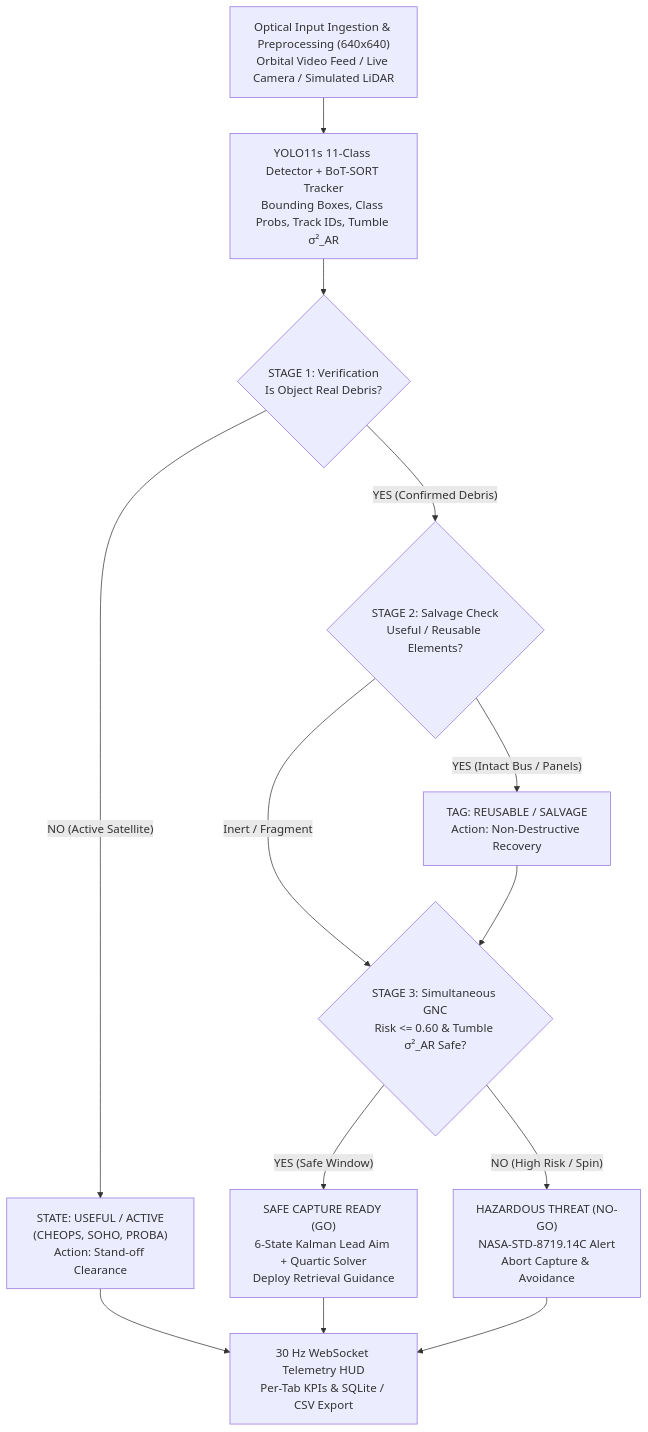
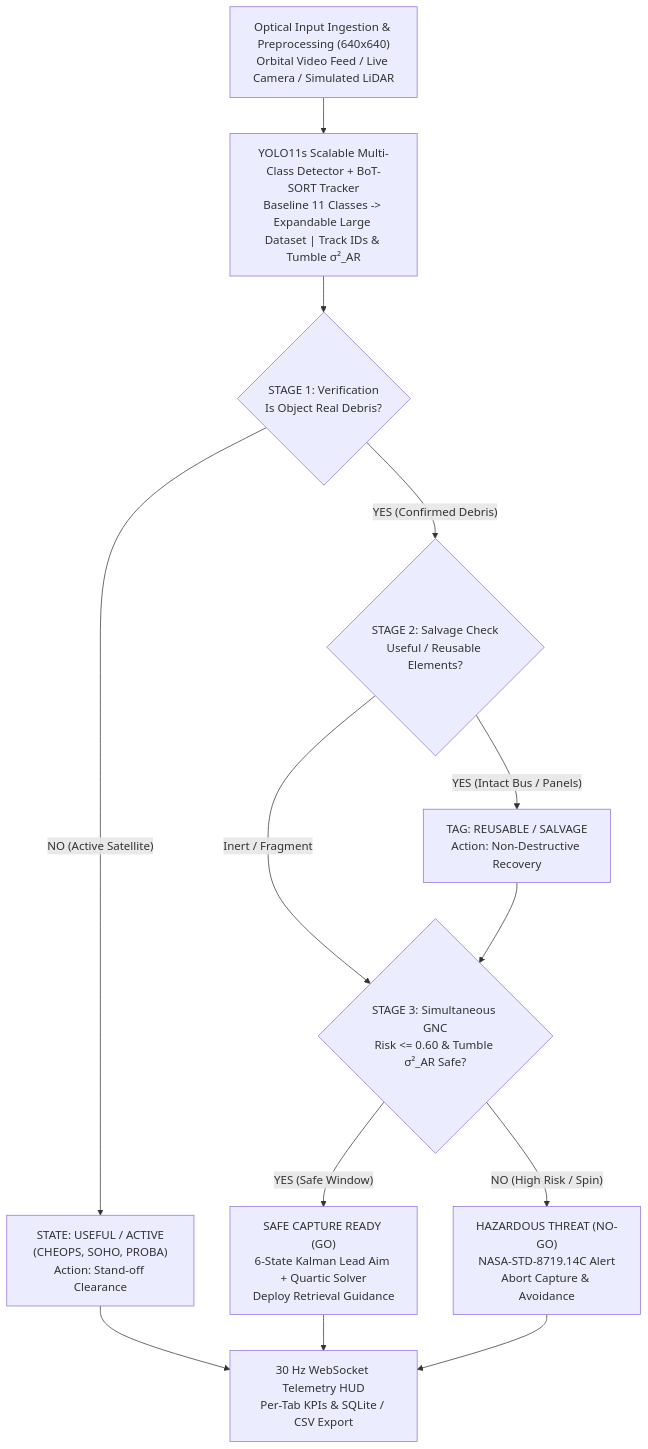
One commit to DeepKale16/Project_SPACI changed the first of 3 diagrams in reports/SYNOPSIS_DIAGRAM_BLUEPRINTS.md. Above: the diagram before and after it, drawn with Mermaid. The commit also changed other lines of this file and 6 other files, not shown here.

Commit message:
docs: apply strict Times New Roman formatting, sponsor details, scalable dataset roadmap, and simplified costing

````diff
--- a/reports/SYNOPSIS_DIAGRAM_BLUEPRINTS.md
+++ b/reports/SYNOPSIS_DIAGRAM_BLUEPRINTS.md
@@ -13,15 +13,15 @@
 ```mermaid
 flowchart TD
-    A["Optical Input Ingestion & Preprocessing (640x640)<br/>Orbital Video Feed / Live Camera / Simulated LiDAR"] --> B["YOLO11s 11-Class Detector + BoT-SORT Tracker<br/>Bounding Boxes, Class Probs, Track IDs, Tumble σ²_AR"]
+    A["Optical Input Ingestion & Preprocessing (640x640)<br/>Orbital Video Feed / Live Camera / Simulated LiDAR"] --> B["YOLO11s Scalable Multi-Class Detector + BoT-SORT Tracker<br/>Baseline 11 Classes -> Expandable Large Dataset | Track IDs & Tumble σ²_AR"]
     B --> C{"STAGE 1: Verification<br/>Is Object Real Debris?"}
     C -- "NO (Active Satellite)" --> D["STATE: USEFUL / ACTIVE<br/>(CHEOPS, SOHO, PROBA)<br/>Action: Stand-off Clearance"]
     C -- "YES (Confirmed Debris)" --> E{"STAGE 2: Salvage Check<br/>Useful / Reusable Elements?"}
     E -- "YES (Intact Bus / Panels)" --> F["TAG: REUSABLE / SALVAGE<br/>Action: Non-Destructive Recovery"]
     E -- "Inert / Fragment" --> G{"STAGE 3: Simultaneous GNC<br/>Risk <= 0.60 & Tumble σ²_AR Safe?"}
     F --> G
     G -- "YES (Safe Window)" --> H["SAFE CAPTURE READY (GO)<br/>6-State Kalman Lead Aim + Quartic Solver<br/>Deploy Retrieval Guidance"]
     G -- "NO (High Risk / Spin)" --> I["HAZARDOUS THREAT (NO-GO)<br/>NASA-STD-8719.14C Alert<br/>Abort Capture & Avoidance"]
     D --> J["30 Hz WebSocket Telemetry HUD<br/>Per-Tab KPIs & SQLite / CSV Export"]
     H --> J
     I --> J
 ```
````
